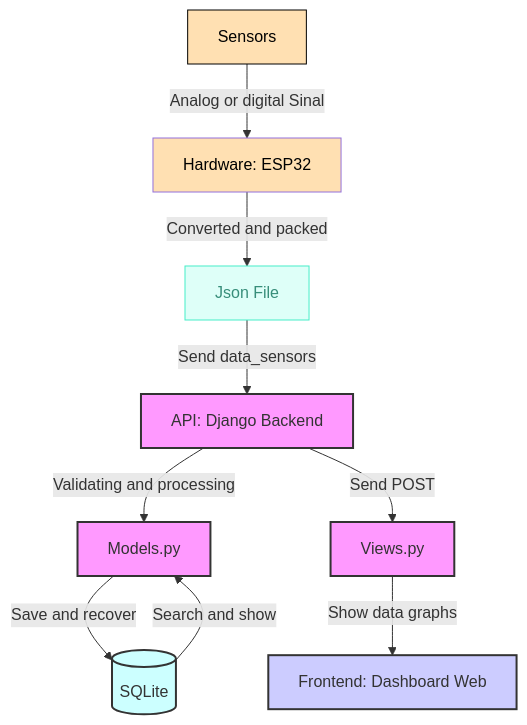
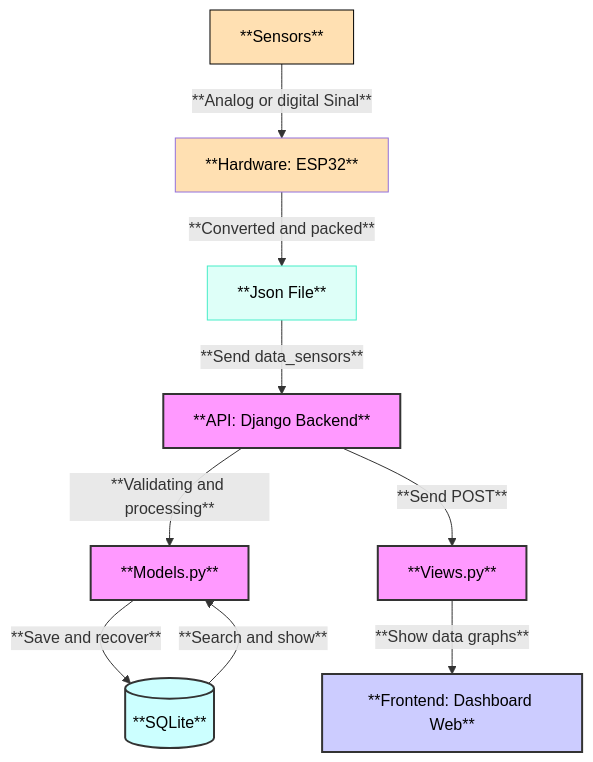
One commit to luizebaldoni/EcoView changed the diagram in README.md. Above: the diagram before and after it, drawn with Mermaid.

Commit message:
docs: software diagram

````diff
--- a/README.md
+++ b/README.md
@@ -28,35 +28,43 @@
 ```mermaid
 ---
 config:
   layout: dagre
 ---
 flowchart TD
-    E["Views.py"] -- Show data graphs --> A["Frontend: Dashboard Web"]
-    B["API: Django Backend"] -- Validating and processing --> C["Models.py"]
-    C -- Save and recover --> D[("SQLite")]
-    D -- Search and show --> C
-    B -- Send POST --> E
-    F["Hardware: ESP32"] -- Converted and packed --> H["Json File"]
-    H -- Send data_sensors --> B
-    G["Sensors"] -- Analog or digital Sinal --> F
+    E["**Views.py**"] -- **Show data graphs** --> A["**Frontend: Dashboard Web**"]
+    B["**API: Django Backend**"] -- **Validating and processing** --> C["**Models.py**"]
+    C -- **Save and recover** --> D[("**SQLite**")]
+    D -- **Search and show** --> C
+    B -- **Send POST** --> E
+    F["**Hardware: ESP32**"] -- **Converted and packed** --> H["**Json File**"]
+    H -- **Send data_sensors** --> B
+    G["**Sensors**"] -- **Analog or digital Sinal** --> F
      E:::Backend
      E:::Backend
      A:::Frontend
      A:::Frontend
      B:::Backend
      B:::Backend
      C:::Backend
      C:::Backend
      D:::Banco
      D:::Banco
      F:::Hardware
      F:::Hardware
      H:::Aqua
      G:::Hardware
     classDef Backend fill:#f9f,stroke:#333,stroke-width:2px
     classDef Frontend fill:#ccf,stroke:#333,stroke-width:2px
     classDef Banco fill:#cff,stroke:#333,stroke-width:2px
     classDef Hardware fill:#FFE0B2, color:#000000
     classDef Aqua stroke-width:1px, stroke-dasharray:none, stroke:#46EDC8, fill:#DEFFF8, color:#378E7A
-    style G stroke:#000000
+    style E color:#000000
+    style A color:#000000 
+    style B color:#000000
+    style C color:#000000
+    style D color:#000000
+    style F color:#000000
+    style H color:#000000
+    style G stroke:#000000,color:#000000
+
 ```
````
